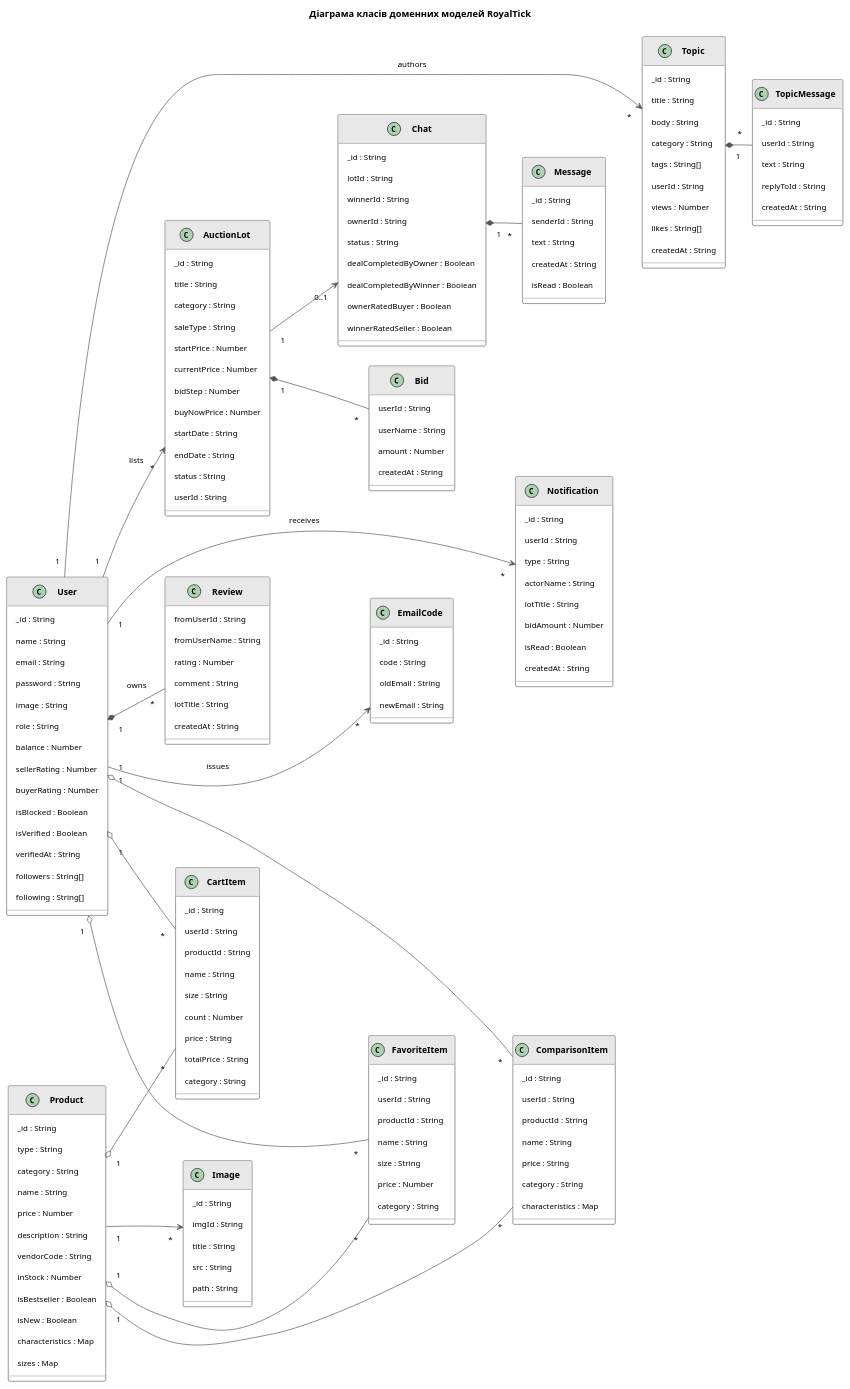
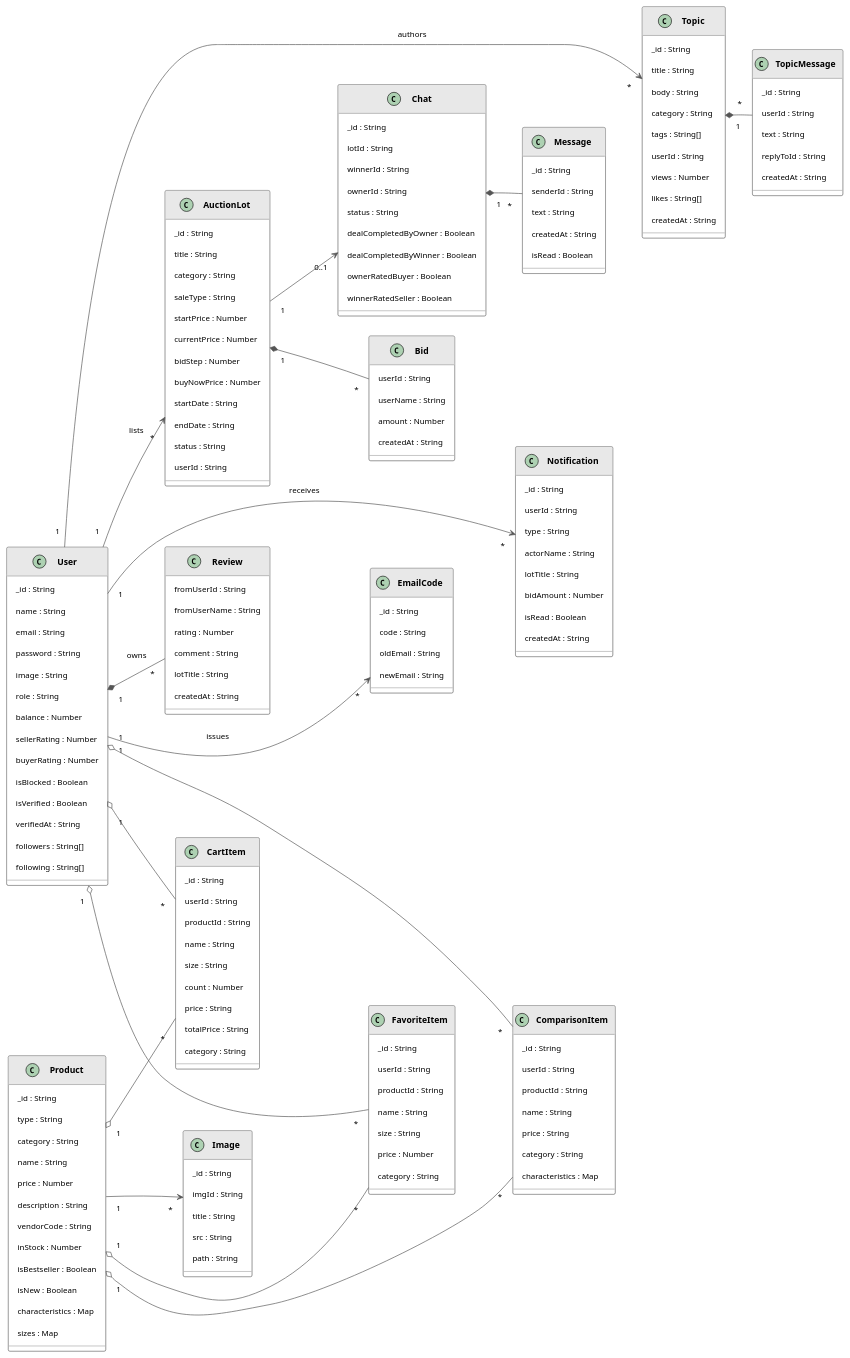
Before and after one commit to ViktorMinaylenko/RoyalTick: the diagram in diagrams/class_diagram.puml, drawn with PlantUML. The commit also changed 82 other files, not shown here.

```diff
--- a/diagrams/class_diagram.puml
+++ b/diagrams/class_diagram.puml
@@ -15,8 +15,6 @@
 skinparam roundcorner 5
 
 hide stereotype
-
-title Діаграма класів доменних моделей RoyalTick
 
 class User {
   _id : String
```
